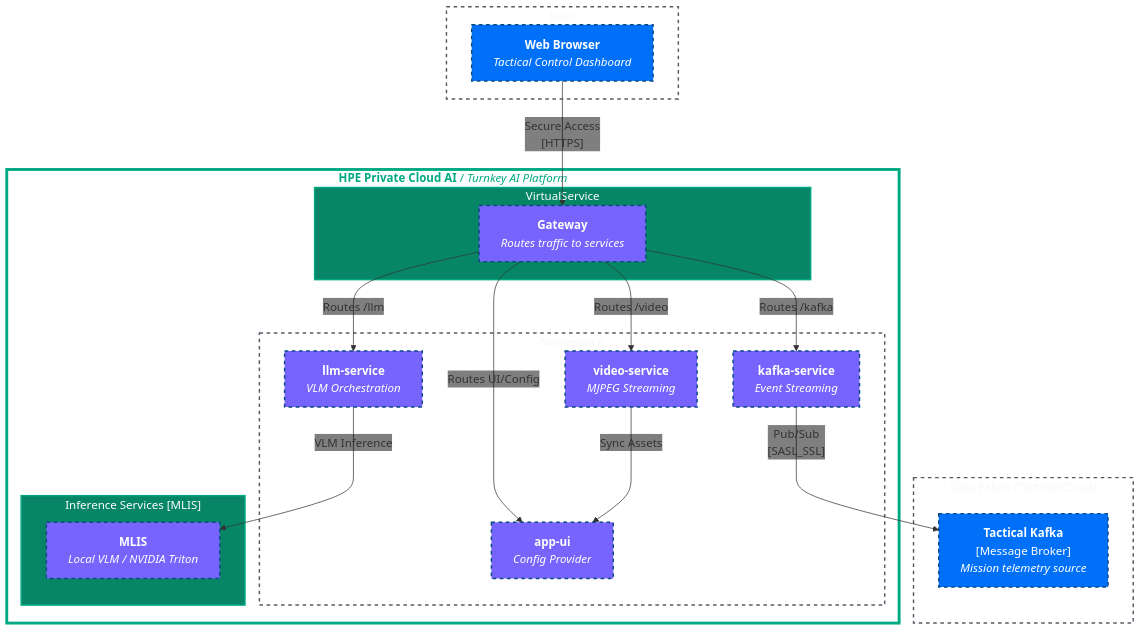
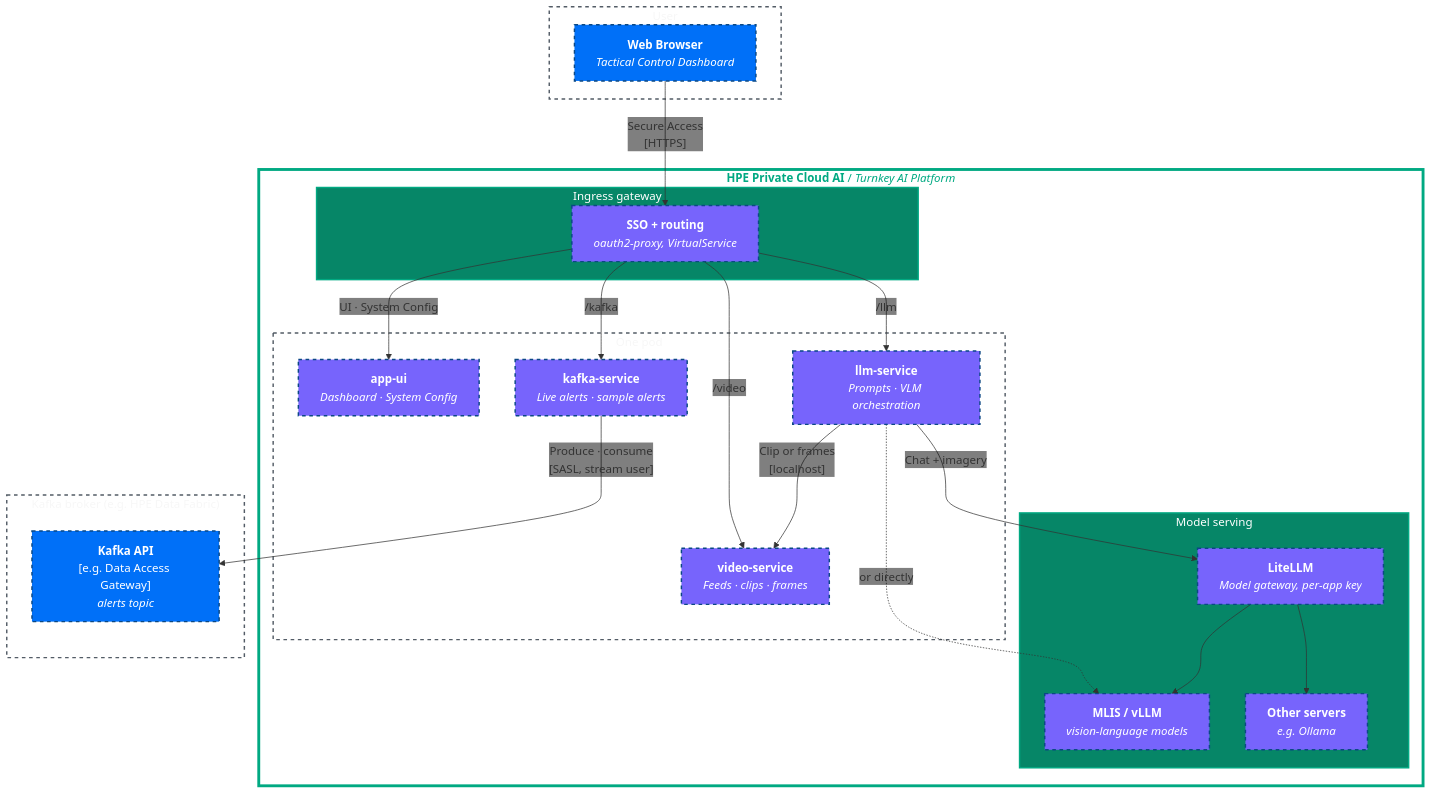
One commit to ai-solution-eng/ai-solution-demos changed the diagram in vertical-demos/defence-ops/DIAGRAM.md. Above: the diagram before and after it, drawn with Mermaid. The commit also changed other lines of this file and 84 other files, not shown here.

First line of the commit message:
defence-ops: update to 1.4.0 (chart 0.4.0) from erdincka/defence-ops

````diff
--- a/vertical-demos/defence-ops/DIAGRAM.md
+++ b/vertical-demos/defence-ops/DIAGRAM.md
@@ -7,61 +7,66 @@
 ```mermaid
 %%{ init: { 'themeVariables': { 'edgeLabelBackground': 'transparent', 'primaryTextColor': '#F7F7F7', 'secondaryTextColor': '#F7F7F7', 'tertiaryTextColor': '#F7F7F7' } } }%%
 flowchart TD
     %% Styling Classes
     classDef container fill:#7764fc,color:#fff,stroke:#0b4884,stroke-width:2px;
     classDef outsider fill:#0070f8,color:#fff,stroke:#0b4884,stroke-width:2px;
     classDef node fill:none,color:#F7F7F7,stroke:#535C66,stroke-width:2px,stroke-dasharray: 5 5;
     classDef external fill:#3E4550,color:#fff,stroke:#666,stroke-width:2px;
     classDef database fill:#6c2b7c,color:#fff,stroke:#0b4884,stroke-width:2px;
 
     %% 1. User Context (Top)
     subgraph user ["User"]
         spa["<b>Web Browser</b><br/><i>Tactical Control Dashboard</i>"]
     end
     class spa outsider;
 
     %% 2. HPE Private Cloud AI
     subgraph pcai ["<b>HPE Private Cloud AI</b> / <i>Turnkey AI Platform</i>"]
-        subgraph gateway ["&nbsp; VirtualService &nbsp;"]
-            istio["&nbsp; &nbsp; &nbsp; &nbsp; &nbsp; &nbsp; <b>Gateway</b> &nbsp; &nbsp; &nbsp; &nbsp; &nbsp; &nbsp;<br/><i>Routes traffic to services</i>"]
+        subgraph gateway ["&nbsp; Ingress gateway &nbsp;"]
+            istio["&nbsp; &nbsp; &nbsp; <b>SSO + routing</b> &nbsp; &nbsp; &nbsp;<br/><i>oauth2-proxy, VirtualService</i>"]
         end
         class istio container;
-        subgraph ns ["Namespace"]
+        subgraph ns ["One pod"]
 
-            app_ui_svc["<b>app-ui</b><br/><i>Config Provider</i>"]
-            llm_svc["<b>llm-service</b><br/><i>VLM Orchestration</i>"]
-            kafka_svc["<b>kafka-service</b><br/><i>Event Streaming</i>"]
-            video_svc["<b>video-service</b><br/><i>MJPEG Streaming</i>"]
+            app_ui_svc["<b>app-ui</b><br/><i>Dashboard · System Config</i>"]
+            llm_svc["<b>llm-service</b><br/><i>Prompts · VLM orchestration</i>"]
+            kafka_svc["<b>kafka-service</b><br/><i>Live alerts · sample alerts</i>"]
+            video_svc["<b>video-service</b><br/><i>Feeds · clips · frames</i>"]
             class app_ui_svc,llm_svc,kafka_svc,video_svc container;
             
         end
-        subgraph inf_cluster ["Inference Services [MLIS]"]
-            mlis["<b>MLIS</b><br/><i>Local VLM / NVIDIA Triton</i>"]
+        subgraph inf_cluster ["Model serving"]
+            litellm["<b>LiteLLM</b><br/><i>Model gateway, per-app key</i>"]
+            mlis["<b>MLIS / vLLM</b><br/><i>vision-language models</i>"]
+            ollama["<b>Other servers</b><br/><i>e.g. Ollama</i>"]
         end
-        class mlis container;
+        class litellm,mlis,ollama container;
     end
 
     %% 3. External Dependencies (Bottom)
-    subgraph external ["Data Fabric (Tactical/Cloud)"]
-        kafka_cluster["<b>Tactical Kafka</b><br/>[Message Broker]<br/><i>Mission telemetry source</i>"]
+    subgraph external ["Kafka broker (e.g. HPE Data Fabric)"]
+        kafka_cluster["<b>Kafka API</b><br/>[e.g. Data Access Gateway]<br/><i>alerts topic</i>"]
     end
     class kafka_cluster outsider;
 
     %% --- Layout & Relationships ---
     spa -- "Secure Access<br/>[HTTPS]" --> istio
-    istio -- "Routes UI/Config" --> app_ui_svc
-    istio -- "Routes /llm" --> llm_svc
-    istio -- "Routes /kafka" --> kafka_svc
-    istio -- "Routes /video" --> video_svc
+    istio -- "UI · System Config" --> app_ui_svc
+    istio -- "/llm" --> llm_svc
+    istio -- "/kafka" --> kafka_svc
+    istio -- "/video" --> video_svc
     
     %% Aligning lower components side-by-side
-    llm_svc -- "VLM Inference" --> mlis
-    video_svc -- "Sync Assets" --> app_ui_svc
-    kafka_svc -- "Pub/Sub<br/>[SASL_SSL]" --> kafka_cluster
+    llm_svc -- "Chat + imagery" --> litellm
+    llm_svc -. or directly .-> mlis
+    litellm --> mlis
+    litellm --> ollama
+    llm_svc -- "Clip or frames<br/>[localhost]" --> video_svc
+    kafka_svc -- "Produce · consume<br/>[SASL, stream user]" --> kafka_cluster
     
     %% --- Custom Standout Styling ---
     style pcai fill:none,stroke:#01a982,stroke-width:4px,color:#01a982
     style gateway fill:#068667,stroke:#01a982,stroke-width:2px,color:#fff
     style inf_cluster fill:#068667,stroke:#01a982,stroke-width:2px,color:#fff
     class user,ns,pods,storage,external node;
 ```
````
